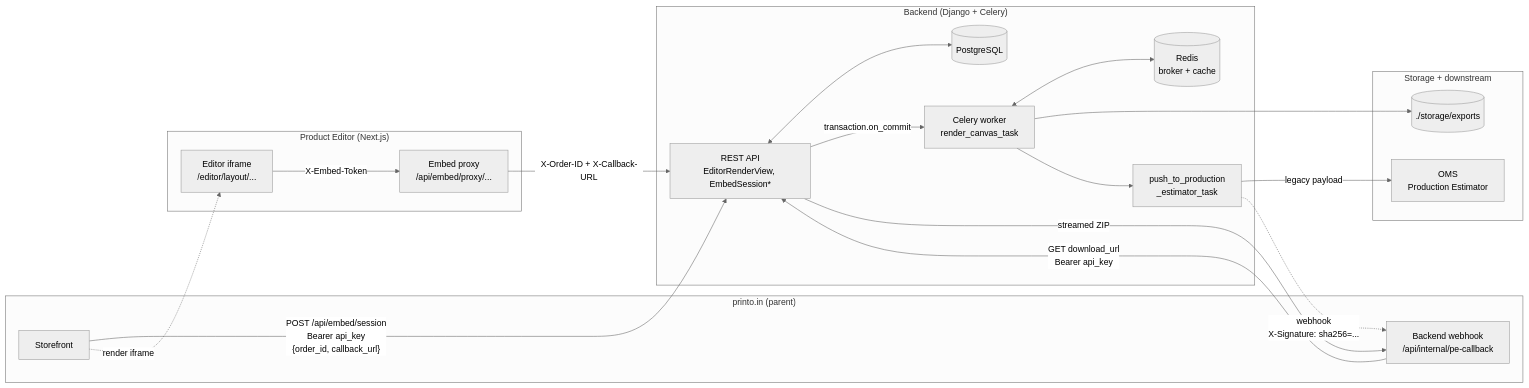
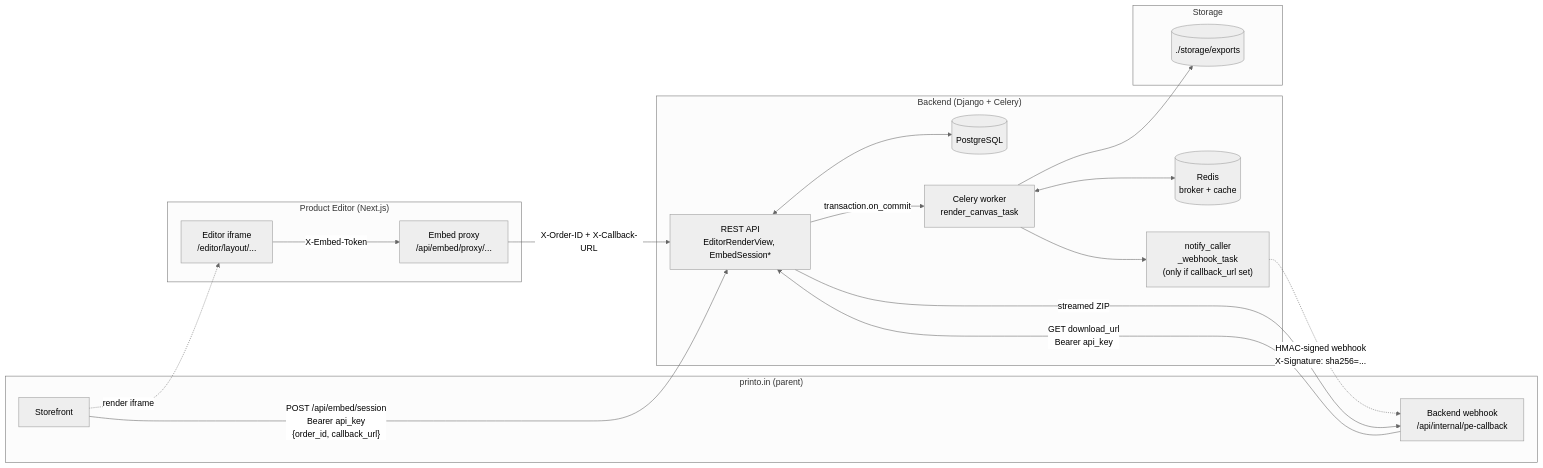
Before and after one commit to printo/product-editor: the second of 2 diagrams in PRD.md, drawn with Mermaid (neutral theme). The commit also changed other lines of this file and 13 other files, not shown here.

````diff
--- a/PRD.md
+++ b/PRD.md
@@ -261,39 +263,37 @@
 ```mermaid
 flowchart LR
   subgraph parent ["printo.in (parent)"]
     STR[Storefront]
     BCK["Backend webhook<br/>/api/internal/pe-callback"]
   end
 
   subgraph nextjs ["Product Editor (Next.js)"]
     IFR["Editor iframe<br/>/editor/layout/..."]
     PXY["Embed proxy<br/>/api/embed/proxy/..."]
   end
 
   subgraph backend ["Backend (Django + Celery)"]
     API["REST API<br/>EditorRenderView, EmbedSession*"]
     DB[(PostgreSQL)]
     REDIS[(Redis<br/>broker + cache)]
     WORKER["Celery worker<br/>render_canvas_task"]
-    PUSH["push_to_production<br/>_estimator_task"]
+    NOTIFY["notify_caller<br/>_webhook_task<br/>(only if callback_url set)"]
   end
 
-  subgraph storage ["Storage + downstream"]
+  subgraph storage ["Storage"]
     DISK[(./storage/exports)]
-    OMS["OMS<br/>Production Estimator"]
   end
 
   STR -->|"POST /api/embed/session<br/>Bearer api_key<br/>{order_id, callback_url}"| API
   STR -.->|render iframe| IFR
   IFR -->|"X-Embed-Token"| PXY
   PXY -->|"X-Order-ID + X-Callback-URL"| API
   API <--> DB
   API -->|"transaction.on_commit"| WORKER
   WORKER <--> REDIS
   WORKER --> DISK
-  WORKER --> PUSH
-  PUSH -->|"legacy payload"| OMS
-  PUSH -.->|"webhook<br/>X-Signature: sha256=..."| BCK
+  WORKER --> NOTIFY
+  NOTIFY -.->|"HMAC-signed webhook<br/>X-Signature: sha256=..."| BCK
   BCK -->|"GET download_url<br/>Bearer api_key"| API
   API -->|"streamed ZIP"| BCK
 ```
````
